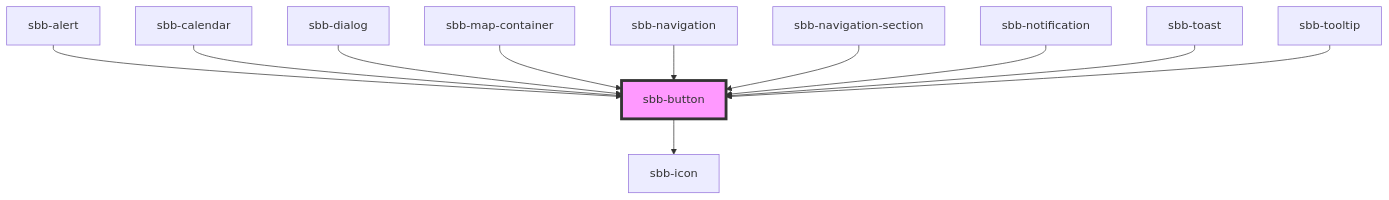
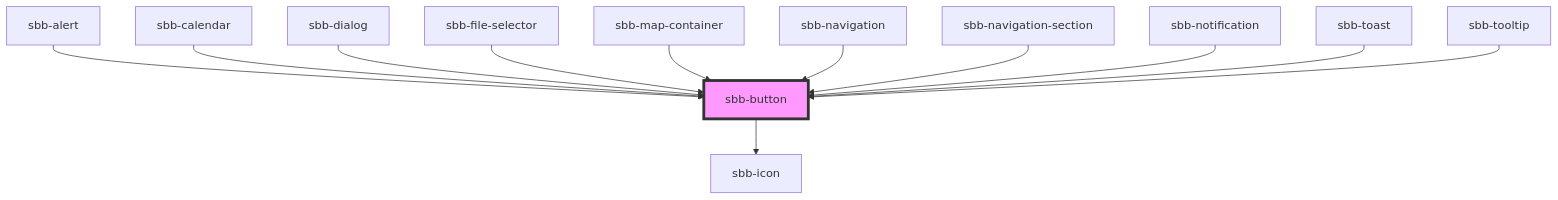
One commit to sbb-design-systems/lyne-components changed the diagram in src/components/sbb-button/readme.md. Above: the diagram before and after it, drawn with Mermaid. The commit also changed other lines of this file and 9 other files, not shown here.

````diff
--- a/src/components/sbb-button/readme.md
+++ b/src/components/sbb-button/readme.md
@@ -92,14 +93,15 @@
 ```mermaid
 graph TD;
   sbb-button --> sbb-icon
   sbb-alert --> sbb-button
   sbb-calendar --> sbb-button
   sbb-dialog --> sbb-button
+  sbb-file-selector --> sbb-button
   sbb-map-container --> sbb-button
   sbb-navigation --> sbb-button
   sbb-navigation-section --> sbb-button
   sbb-notification --> sbb-button
   sbb-toast --> sbb-button
   sbb-tooltip --> sbb-button
   style sbb-button fill:#f9f,stroke:#333,stroke-width:4px
 ```
````
